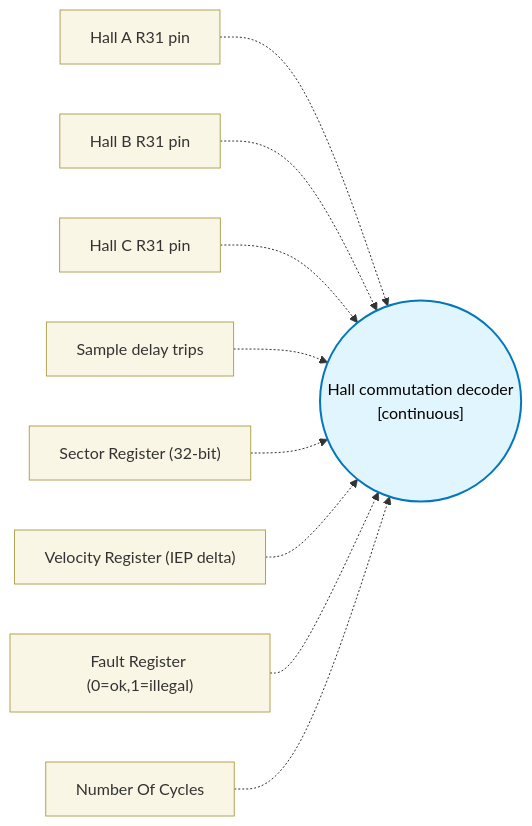
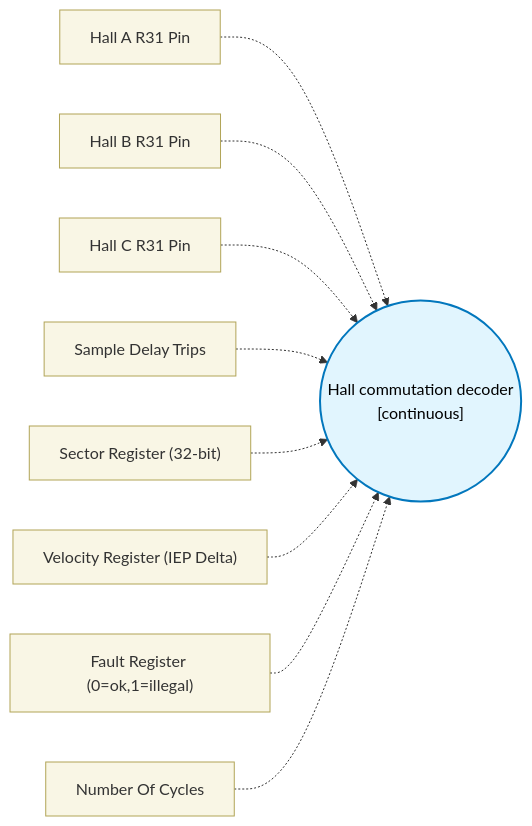
Before and after one commit to TexasInstruments/pru-no-code-tool: the diagram in docs/block-reference/blocks/hall_block/design.md, drawn with Mermaid. The commit also changed other lines of this file and 89 other files, not shown here.

````diff
--- a/docs/block-reference/blocks/hall_block/design.md
+++ b/docs/block-reference/blocks/hall_block/design.md
@@ -15,14 +15,14 @@
 ```mermaid
 flowchart LR
   classDef config fill:#f9f6e5,stroke:#b1a457,stroke-width:1px,color:#333;
   classDef core fill:#e1f5fe,stroke:#0277bd,stroke-width:2px,color:#000;
   CORE(("Hall commutation decoder\n[continuous]")):::core
-  CFG0["Hall A R31 pin"]:::config -.-> CORE
-  CFG1["Hall B R31 pin"]:::config -.-> CORE
-  CFG2["Hall C R31 pin"]:::config -.-> CORE
-  CFG3["Sample delay trips"]:::config -.-> CORE
+  CFG0["Hall A R31 Pin"]:::config -.-> CORE
+  CFG1["Hall B R31 Pin"]:::config -.-> CORE
+  CFG2["Hall C R31 Pin"]:::config -.-> CORE
+  CFG3["Sample Delay Trips"]:::config -.-> CORE
   CFG4["Sector Register (32-bit)"]:::config -.-> CORE
-  CFG5["Velocity Register (IEP delta)"]:::config -.-> CORE
+  CFG5["Velocity Register (IEP Delta)"]:::config -.-> CORE
   CFG6["Fault Register (0=ok,1=illegal)"]:::config -.-> CORE
   CFG7["Number Of Cycles"]:::config -.-> CORE
 ```
````
